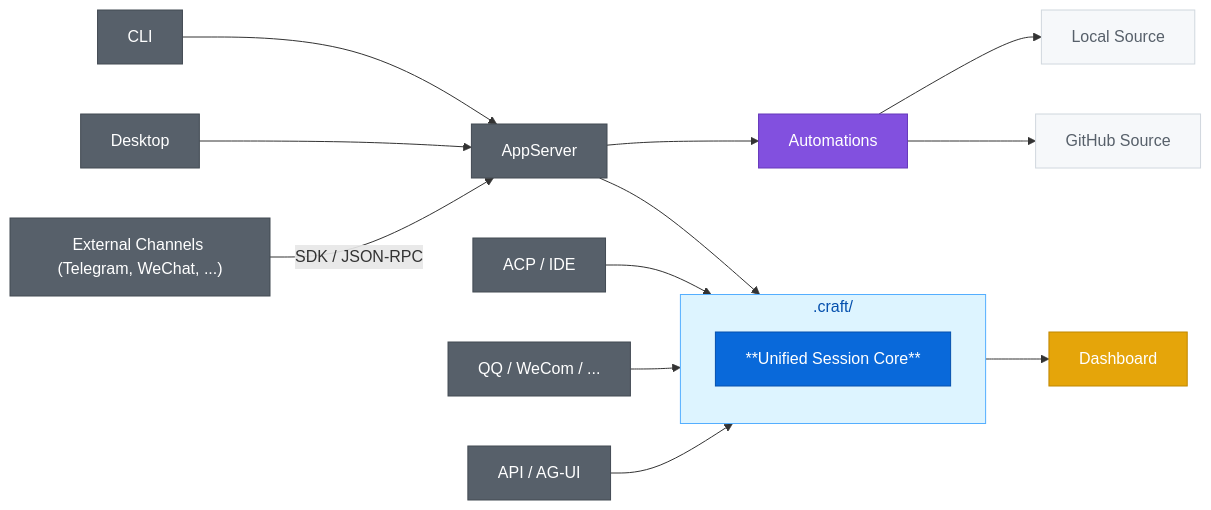
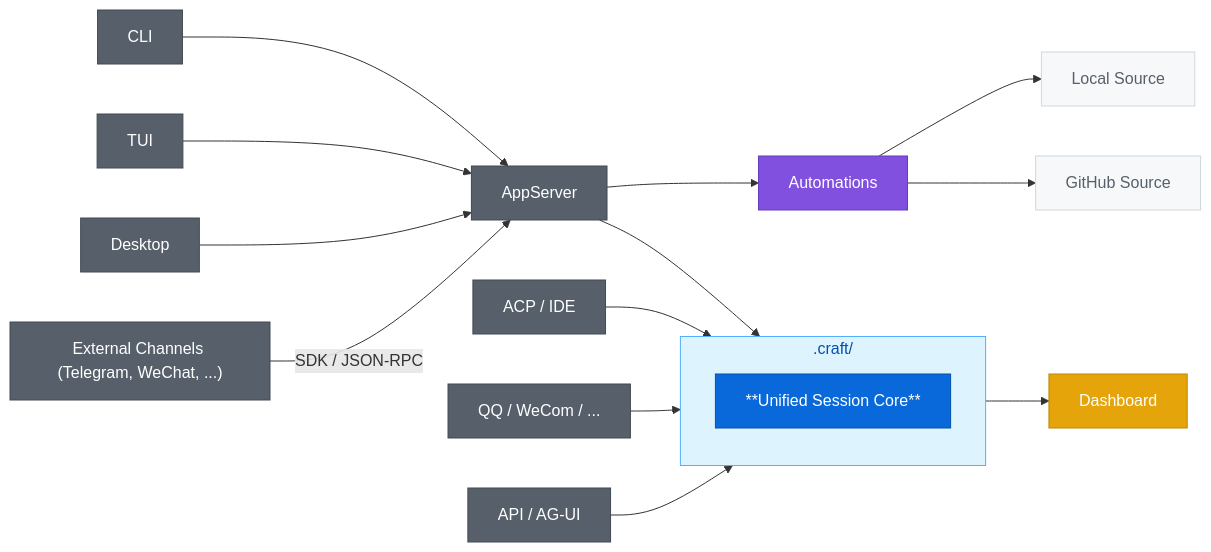
Before and after one commit to DotCraftDev/dotcraft: the diagram in README.md, drawn with Mermaid. The commit also changed other lines of this file and 1 other file, not shown here.

````diff
--- a/README.md
+++ b/README.md
@@ -126,45 +126,48 @@
 ```mermaid
 flowchart LR
     Cli["CLI"]
+    Tui["TUI"]
     Desktop["Desktop"]
     AppSrv["AppServer"]
     Ide["ACP / IDE"]
     Bots["QQ / WeCom / ..."]
     ExtCh["External Channels (Telegram, WeChat, ...)"]
     Api["API / AG-UI"]
     Automations["Automations"]
     LocalSource["Local Source"]
     GitHubSource["GitHub Source"]
 
     subgraph Workspace [".craft/"]
         Core["**Unified Session Core**"]
     end
 
     Dashboard["Dashboard"]
 
     Cli --> AppSrv
+    Tui --> AppSrv
     Desktop --> AppSrv
     AppSrv --> Workspace
     AppSrv --> Automations
     Automations --> LocalSource
     Automations --> GitHubSource
     Ide --> Workspace
     Bots --> Workspace
     ExtCh -->|"SDK / JSON-RPC"| AppSrv
     Api --> Workspace
     Workspace --> Dashboard
 
     style Core fill:#0969da,color:#ffffff,stroke:#0550ae
     style Workspace fill:#ddf4ff,stroke:#54aeff,color:#0550ae
     style Dashboard fill:#e5a50a,color:#ffffff,stroke:#bf8700
     style Cli fill:#57606a,color:#ffffff,stroke:#424a53
+    style Tui fill:#57606a,color:#ffffff,stroke:#424a53
     style Desktop fill:#57606a,color:#ffffff,stroke:#424a53
     style AppSrv fill:#57606a,color:#ffffff,stroke:#424a53
     style Ide fill:#57606a,color:#ffffff,stroke:#424a53
     style Bots fill:#57606a,color:#ffffff,stroke:#424a53
     style ExtCh fill:#57606a,color:#ffffff,stroke:#424a53
     style Api fill:#57606a,color:#ffffff,stroke:#424a53
     style Automations fill:#8250df,color:#ffffff,stroke:#6639ba
     style LocalSource fill:#f6f8fa,color:#57606a,stroke:#d0d7de
     style GitHubSource fill:#f6f8fa,color:#57606a,stroke:#d0d7de
 ```
````
